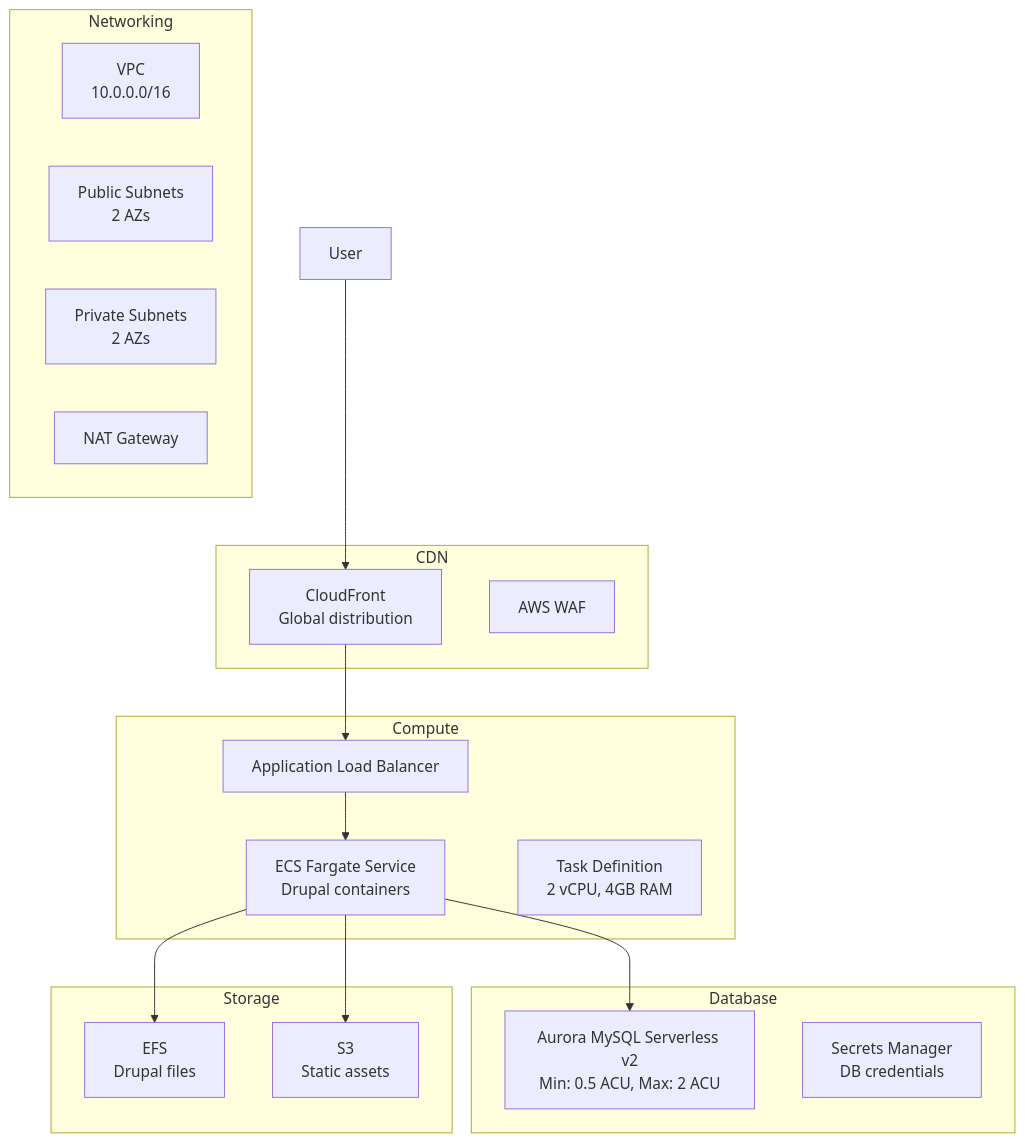
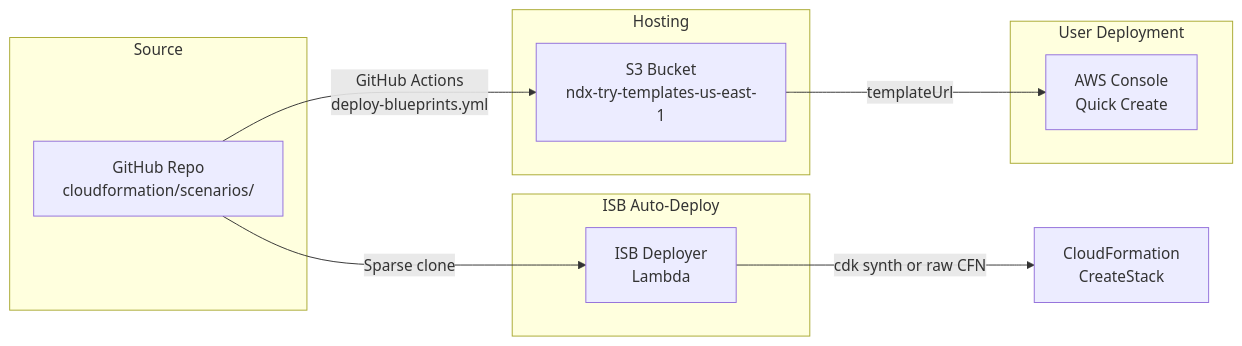
One commit to co-cddo/ndx-try-arch changed the second of 2 diagrams in docs/32-scenarios-microsite.md. Above: the diagram before and after it, drawn with Mermaid. The commit also changed other lines of this file and 41 other files, not shown here.

First line of the commit message:
docs: update NDX architecture documentation (#9)

````diff
--- a/docs/32-scenarios-microsite.md
+++ b/docs/32-scenarios-microsite.md
@@ -200,37 +261,23 @@
 ```mermaid
-graph TB
-    subgraph "Networking"
-        VPC[VPC<br/>10.0.0.0/16]
-        PUBLIC[Public Subnets<br/>2 AZs]
-        PRIVATE[Private Subnets<br/>2 AZs]
-        NAT[NAT Gateway]
+flowchart LR
+    subgraph "Source"
+        REPO[GitHub Repo<br/>cloudformation/scenarios/]
     end
 
-    subgraph "Compute"
-        ALB[Application Load Balancer]
-        ECS[ECS Fargate Service<br/>Drupal containers]
-        TASK[Task Definition<br/>2 vCPU, 4GB RAM]
+    subgraph "Hosting"
+        S3[S3 Bucket<br/>ndx-try-templates-us-east-1]
     end
 
-    subgraph "Database"
-        RDS[Aurora MySQL Serverless v2<br/>Min: 0.5 ACU, Max: 2 ACU]
-        SECRETS[Secrets Manager<br/>DB credentials]
+    subgraph "User Deployment"
+        CONSOLE[AWS Console<br/>Quick Create]
     end
 
-    subgraph "Storage"
-        EFS[EFS<br/>Drupal files]
-        S3[S3<br/>Static assets]
+    subgraph "ISB Auto-Deploy"
+        DEPLOYER[ISB Deployer<br/>Lambda]
     end
 
-    subgraph "CDN"
-        CF[CloudFront<br/>Global distribution]
-        WAF[AWS WAF]
-    end
-
-    USER[User] --> CF
-    CF --> ALB
-    ALB --> ECS
-    ECS --> RDS
-    ECS --> EFS
-    ECS --> S3
+    REPO -->|GitHub Actions<br/>deploy-blueprints.yml| S3
+    S3 -->|templateUrl| CONSOLE
+    REPO -->|Sparse clone| DEPLOYER
+    DEPLOYER -->|cdk synth or raw CFN| CFN[CloudFormation<br/>CreateStack]
 ```
````
